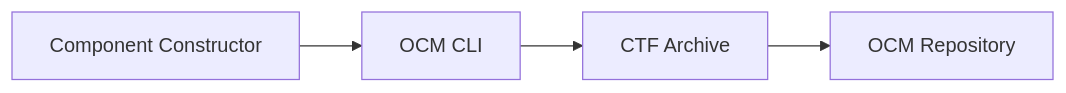
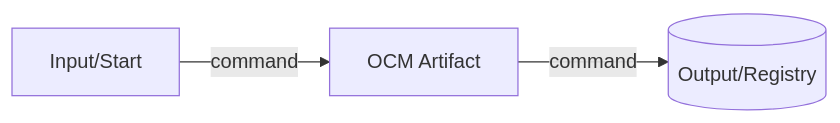
The diagram in content_templates/template-tutorial.md (open-component-model/ocm-website), drawn with Mermaid before and after one commit. The commit also changed other lines of this file and 3 other files, not shown here.

````diff
--- a/content_templates/template-tutorial.md
+++ b/content_templates/template-tutorial.md
@@ -43,6 +33,5 @@
 ```mermaid
 flowchart LR
-    A[Component Constructor] --> B[OCM CLI]
-    B --> C[CTF Archive]
-    C --> D[OCM Repository]
+    A[Input/Start] -- "command" --> B[OCM Artifact]
+    B -- "command" --> C[(Output/Registry)]
 ```
````
